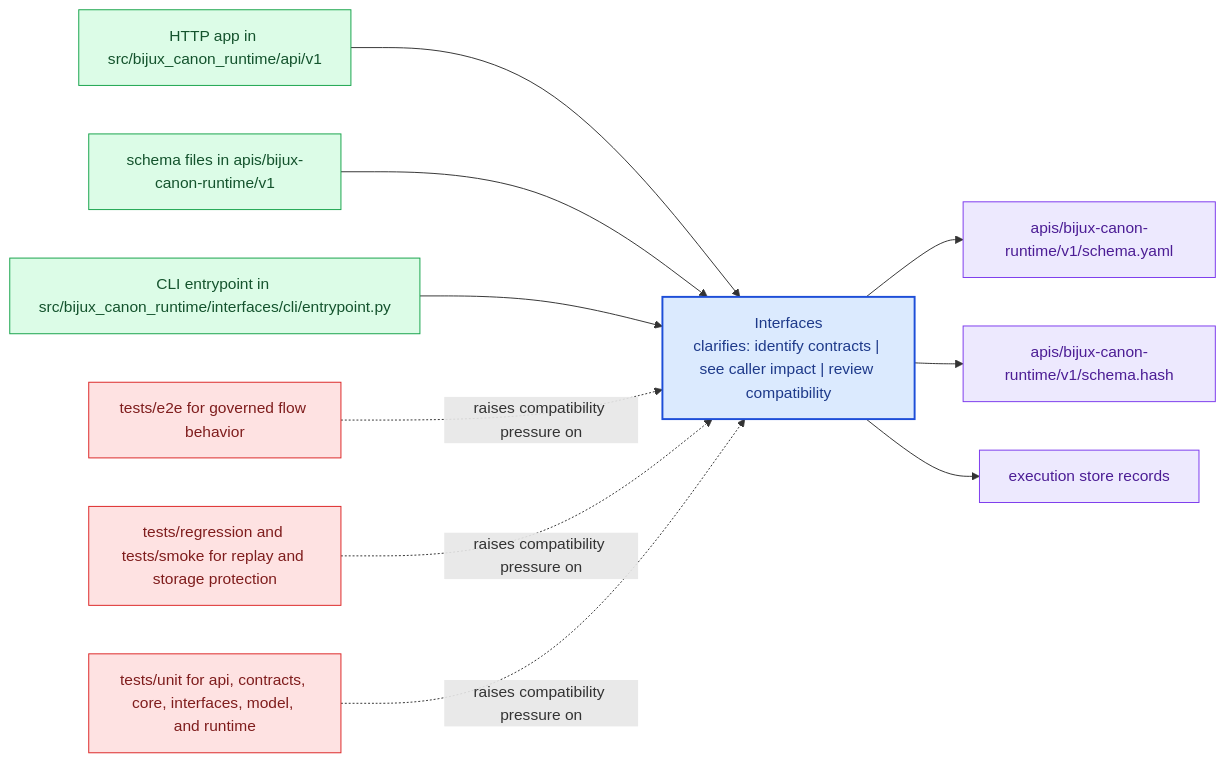
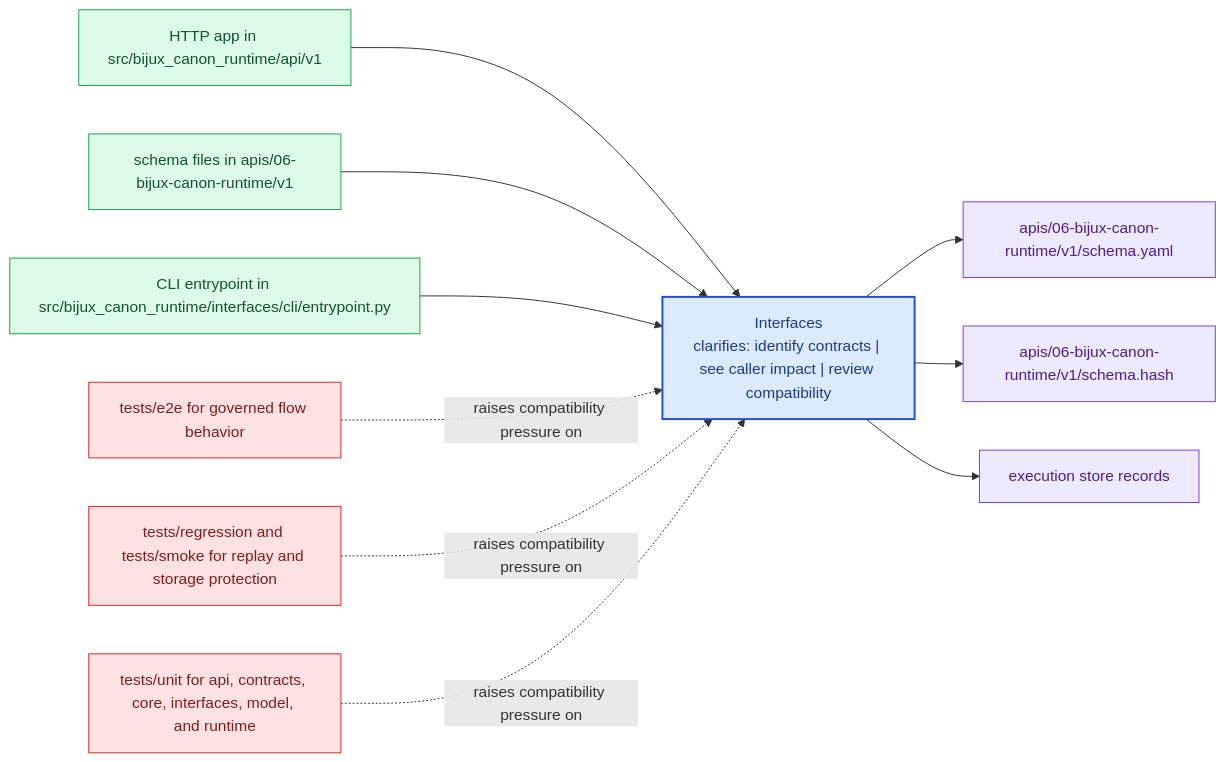
Before and after one commit to bijux/bijux-canon: the diagram in docs/06-bijux-canon-runtime/interfaces/index.md, drawn with Mermaid. The commit also changed other lines of this file and 167 other files, not shown here.

````diff
--- a/docs/06-bijux-canon-runtime/interfaces/index.md
+++ b/docs/06-bijux-canon-runtime/interfaces/index.md
@@ -20,31 +20,31 @@
 ```mermaid
 flowchart LR
     page["Interfaces<br/>clarifies: identify contracts | see caller impact | review compatibility"]
     classDef page fill:#dbeafe,stroke:#1d4ed8,color:#1e3a8a,stroke-width:2px;
     classDef positive fill:#dcfce7,stroke:#16a34a,color:#14532d;
     classDef caution fill:#fee2e2,stroke:#dc2626,color:#7f1d1d;
     classDef anchor fill:#ede9fe,stroke:#7c3aed,color:#4c1d95;
     classDef action fill:#fef3c7,stroke:#d97706,color:#7c2d12;
     surface1["HTTP app in src/bijux_canon_runtime/api/v1"]
     surface1 --> page
-    surface2["schema files in apis/bijux-canon-runtime/v1"]
+    surface2["schema files in apis/06-bijux-canon-runtime/v1"]
     surface2 --> page
     surface3["CLI entrypoint in src/bijux_canon_runtime/interfaces/cli/entrypoint.py"]
     surface3 --> page
-    proof1["apis/bijux-canon-runtime/v1/schema.yaml"]
+    proof1["apis/06-bijux-canon-runtime/v1/schema.yaml"]
     page --> proof1
-    proof2["apis/bijux-canon-runtime/v1/schema.hash"]
+    proof2["apis/06-bijux-canon-runtime/v1/schema.hash"]
     page --> proof2
     proof3["execution store records"]
     page --> proof3
     review1["tests/e2e for governed flow behavior"]
     review1 -.raises compatibility pressure on.-> page
     review2["tests/regression and tests/smoke for replay and storage protection"]
     review2 -.raises compatibility pressure on.-> page
     review3["tests/unit for api, contracts, core, interfaces, model, and runtime"]
     review3 -.raises compatibility pressure on.-> page
     class page page;
     class surface1,surface2,surface3 positive;
     class proof1,proof2,proof3 anchor;
     class review1,review2,review3 caution;
 ```
````
